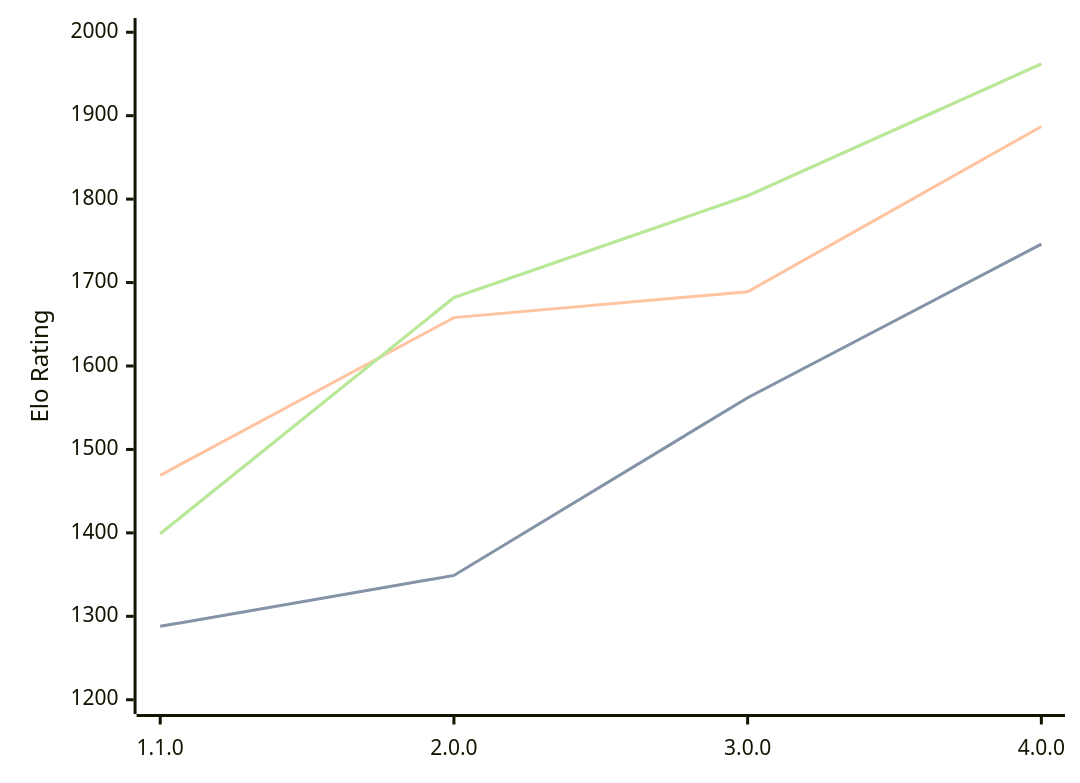
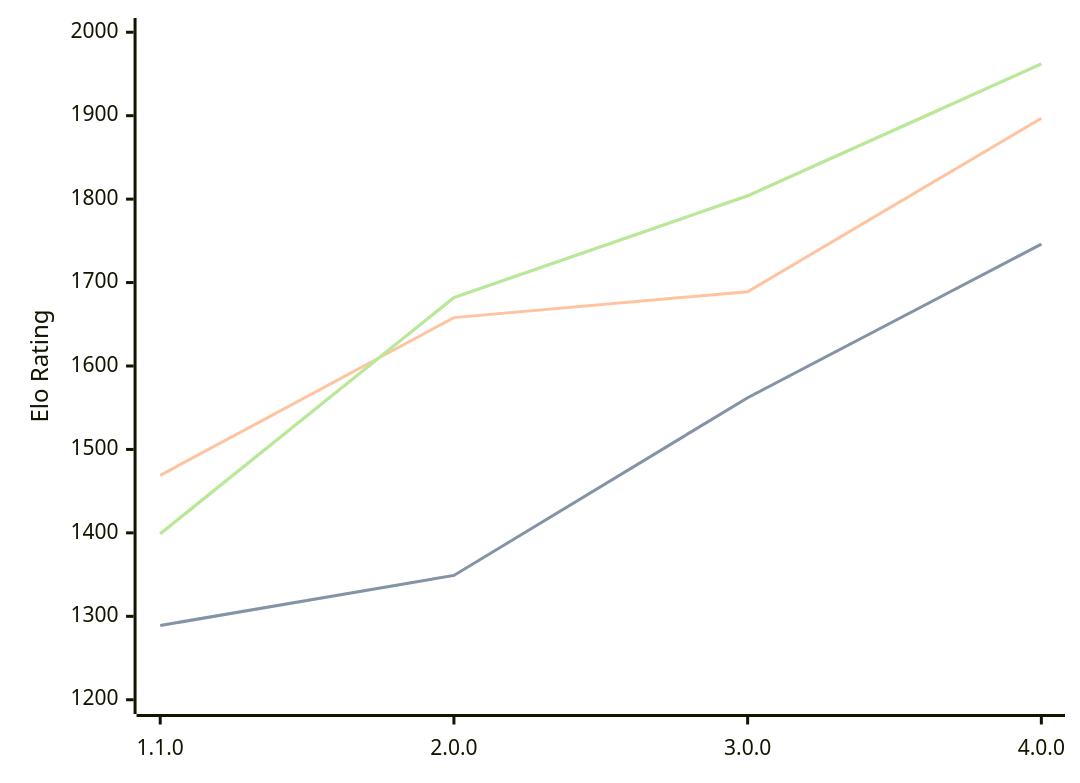
The third of 3 diagrams in engines/Laura.md (computer-chess-index/cci), drawn with Mermaid before and after one commit. The commit also changed other lines of this file, not shown here.

````diff
--- a/engines/Laura.md
+++ b/engines/Laura.md
@@ -68,11 +68,11 @@
 ```mermaid
 %%{init: {"theme":"base","themeVariables":{"seriesColors:['#a3a3a3','#222221','#faa371']}}}%%
 xychart-beta
   x-axis ["1.1.0", "2.0.0", "3.0.0", "4.0.0"]
   y-axis "Elo Rating" 1200 --> 2000
-  line "STC (8.0+0.08s)" [1288, 1349, 1562, 1746]
-  line "STC (8.0+0.08s)" [1288, 1349, 1562, 1746]
-  line "LTC (60.0+0.60s)" [1469, 1658, 1689, 1887]
+  line "STC (8.0+0.08s)" [1289, 1349, 1562, 1746]
+  line "STC (8.0+0.08s)" [1289, 1349, 1562, 1746]
+  line "LTC (60.0+0.60s)" [1469, 1658, 1689, 1897]
   line "VLTC (2m24s+1.12s)" [1399, 1682, 1804, 1962]
   line "VLTC (2m24s+1.12s)" [1399, 1682, 1804, 1962]
 ```
````
